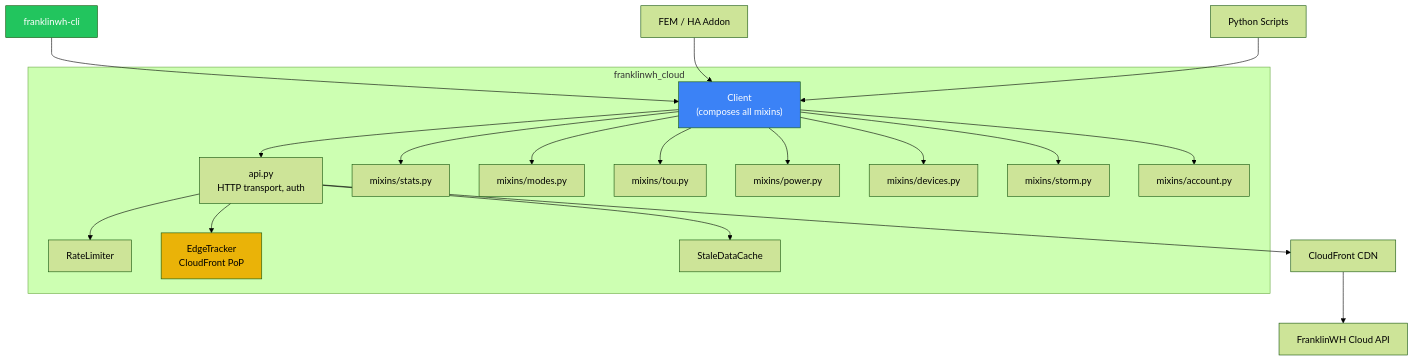
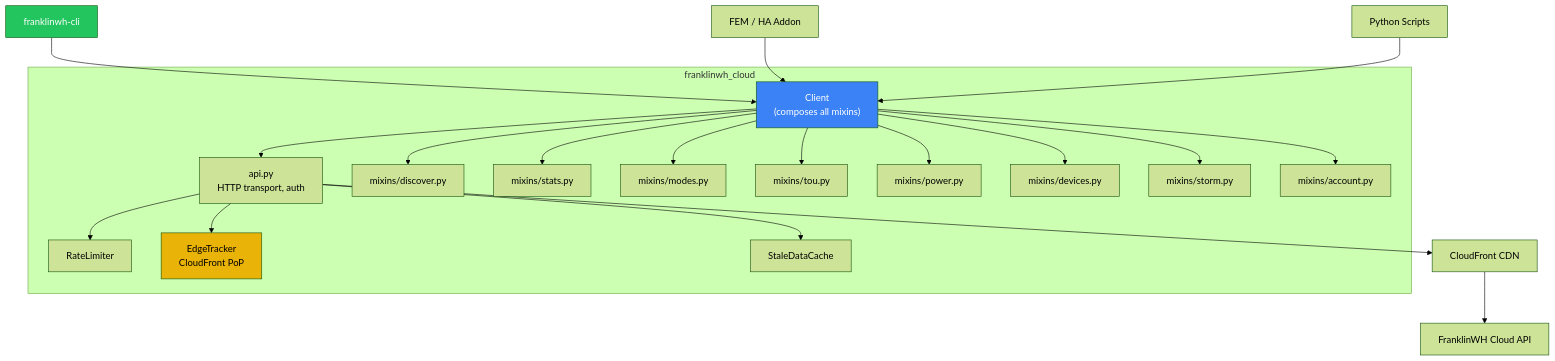
Before and after one commit to david2069/franklinwh-cloud: the diagram in README.md, drawn with Mermaid (forest theme). The commit also changed other lines of this file and 2 other files, not shown here.

First line of the commit message:
docs: update API Reference, README, mkdocs nav for discover + TOU tariff APIs

````diff
--- a/README.md
+++ b/README.md
@@ -172,29 +175,30 @@
 ```mermaid
 graph TB
     CLI["franklinwh-cli"] --> Client
     FEM["FEM / HA Addon"] --> Client
     Scripts["Python Scripts"] --> Client
 
     subgraph "franklinwh_cloud"
         Client["Client<br/>(composes all mixins)"]
         Client --> API["api.py<br/>HTTP transport, auth"]
         API --> RL["RateLimiter"]
         API --> ET["EdgeTracker<br/>CloudFront PoP"]
         API --> SC["StaleDataCache"]
         
+        Client --> Discover["mixins/discover.py"]
         Client --> Stats["mixins/stats.py"]
         Client --> Modes["mixins/modes.py"]
         Client --> TOU["mixins/tou.py"]
         Client --> Power["mixins/power.py"]
         Client --> Devices["mixins/devices.py"]
         Client --> Storm["mixins/storm.py"]
         Client --> Account["mixins/account.py"]
     end
 
     API --> CF["CloudFront CDN"]
     CF --> FW["FranklinWH Cloud API"]
 
     style CLI fill:#22c55e,color:#fff
     style Client fill:#3b82f6,color:#fff
     style ET fill:#eab308,color:#000
 ```
````
